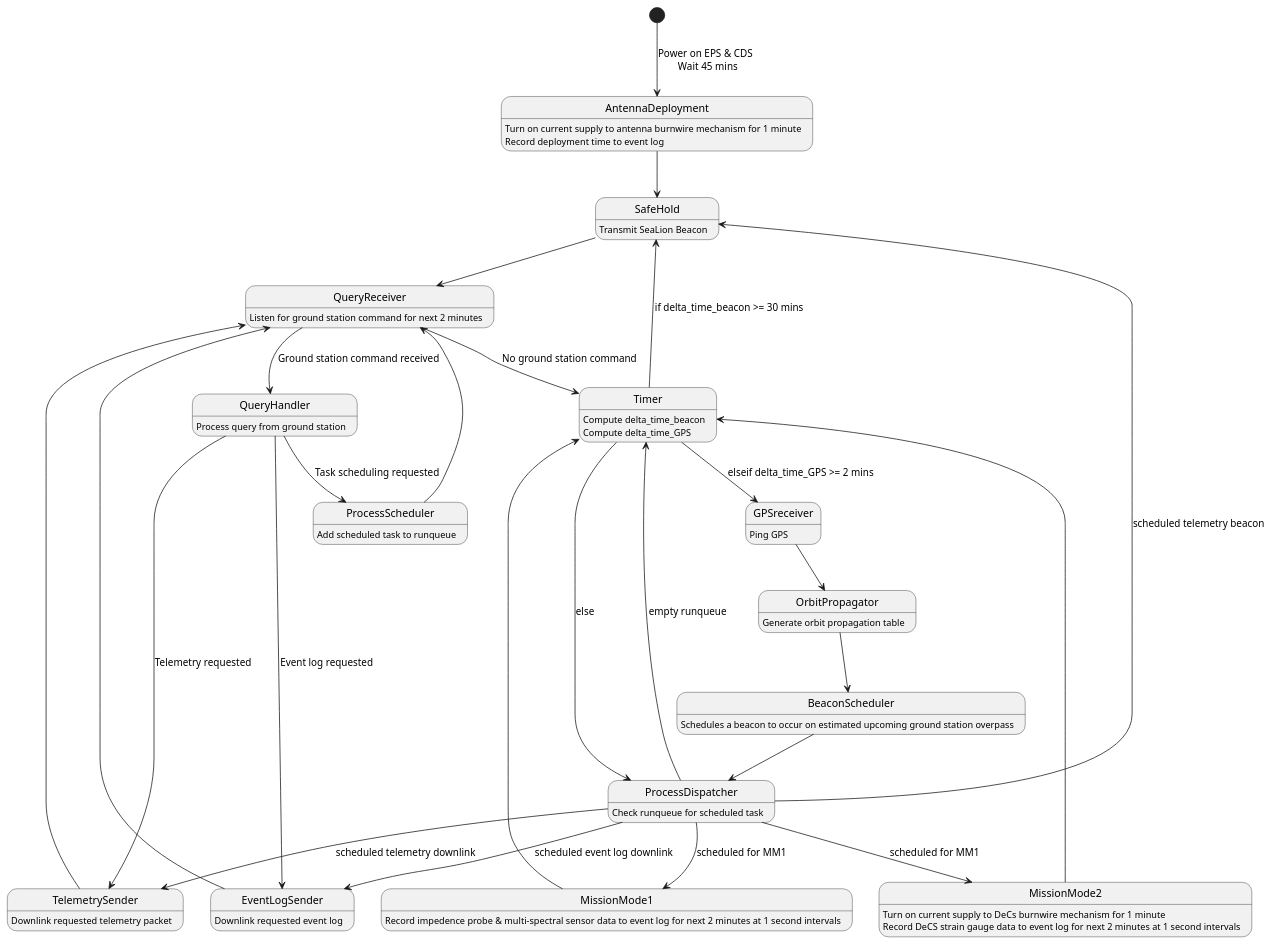
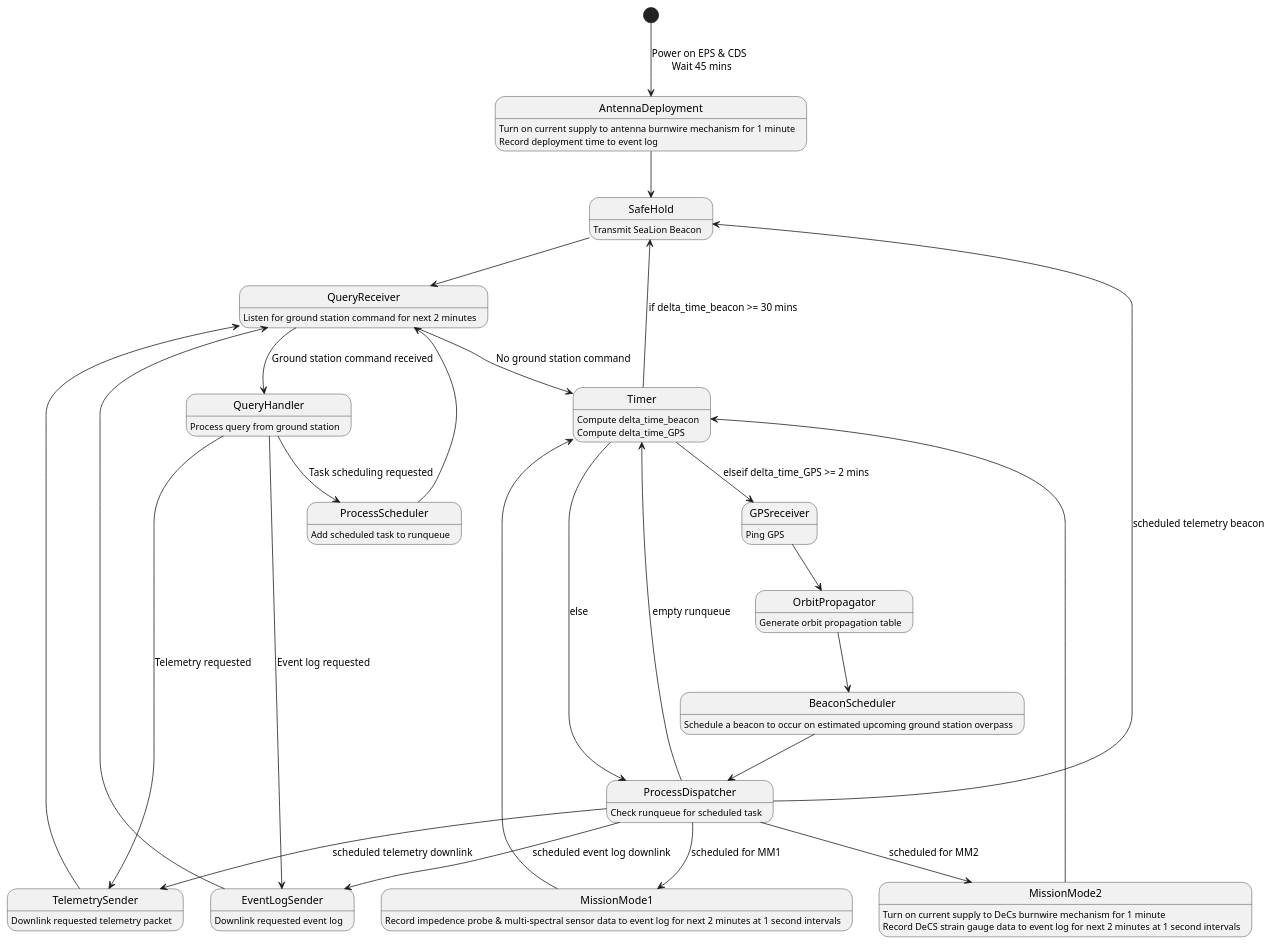
The diagram in fsw-architecture/operating-mode-as-fsm.puml (ODU-CGA-CubeSat/FSW), drawn with PlantUML before and after one commit.

Commit message:
fix typos in MM2 & BeaconScheduler

```diff
--- a/fsw-architecture/operating-mode-as-fsm.puml
+++ b/fsw-architecture/operating-mode-as-fsm.puml
@@ -1,60 +1,60 @@
 @startuml
 
 state AntennaDeployment
       AntennaDeployment : Turn on current supply to antenna burnwire mechanism for 1 minute
       AntennaDeployment : Record deployment time to event log
 state SafeHold
       SafeHold : Transmit SeaLion Beacon
 state QueryReceiver
       QueryReceiver : Listen for ground station command for next 2 minutes
 state TelemetrySender
       TelemetrySender : Downlink requested telemetry packet
 state EventLogSender
       EventLogSender : Downlink requested event log
 state Timer
       Timer : Compute delta_time_beacon
       Timer : Compute delta_time_GPS
 state MissionMode1
       MissionMode1 : Record impedence probe & multi-spectral sensor data to event log for next 2 minutes at 1 second intervals
 state MissionMode2
       MissionMode2 : Turn on current supply to DeCs burnwire mechanism for 1 minute
       MissionMode2 : Record DeCS strain gauge data to event log for next 2 minutes at 1 second intervals
 state ProcessDispatcher
       ProcessDispatcher : Check runqueue for scheduled task
 state OrbitPropagator
       OrbitPropagator : Generate orbit propagation table
 state BeaconScheduler
-      BeaconScheduler : Schedules a beacon to occur on estimated upcoming ground station overpass
+      BeaconScheduler : Schedule a beacon to occur on estimated upcoming ground station overpass
 state GPSreceiver
       GPSreceiver : Ping GPS
 state QueryHandler
       QueryHandler : Process query from ground station
 state ProcessScheduler
       ProcessScheduler : Add scheduled task to runqueue
 
 [*] --> AntennaDeployment : Power on EPS & CDS \n Wait 45 mins
 AntennaDeployment --> SafeHold
 SafeHold --> QueryReceiver
 QueryReceiver --> QueryHandler : Ground station command received
 QueryReceiver --> Timer : No ground station command
 QueryHandler --> TelemetrySender : Telemetry requested
 QueryHandler --> EventLogSender : Event log requested
 QueryHandler --> ProcessScheduler : Task scheduling requested
 TelemetrySender --> QueryReceiver
 EventLogSender --> QueryReceiver
 ProcessScheduler --> QueryReceiver
 MissionMode1 --> Timer
 MissionMode2 --> Timer
 GPSreceiver --> OrbitPropagator
 OrbitPropagator --> BeaconScheduler
 BeaconScheduler --> ProcessDispatcher
 Timer --> SafeHold : if delta_time_beacon >= 30 mins
 Timer --> GPSreceiver : elseif delta_time_GPS >= 2 mins
 Timer --> ProcessDispatcher : else
 ProcessDispatcher --> MissionMode1 : scheduled for MM1
-ProcessDispatcher --> MissionMode2 : scheduled for MM1
+ProcessDispatcher --> MissionMode2 : scheduled for MM2
 ProcessDispatcher --> Timer : empty runqueue
 ProcessDispatcher --> EventLogSender : scheduled event log downlink
 ProcessDispatcher --> TelemetrySender : scheduled telemetry downlink
 ProcessDispatcher --> SafeHold : scheduled telemetry beacon
 @enduml
```
